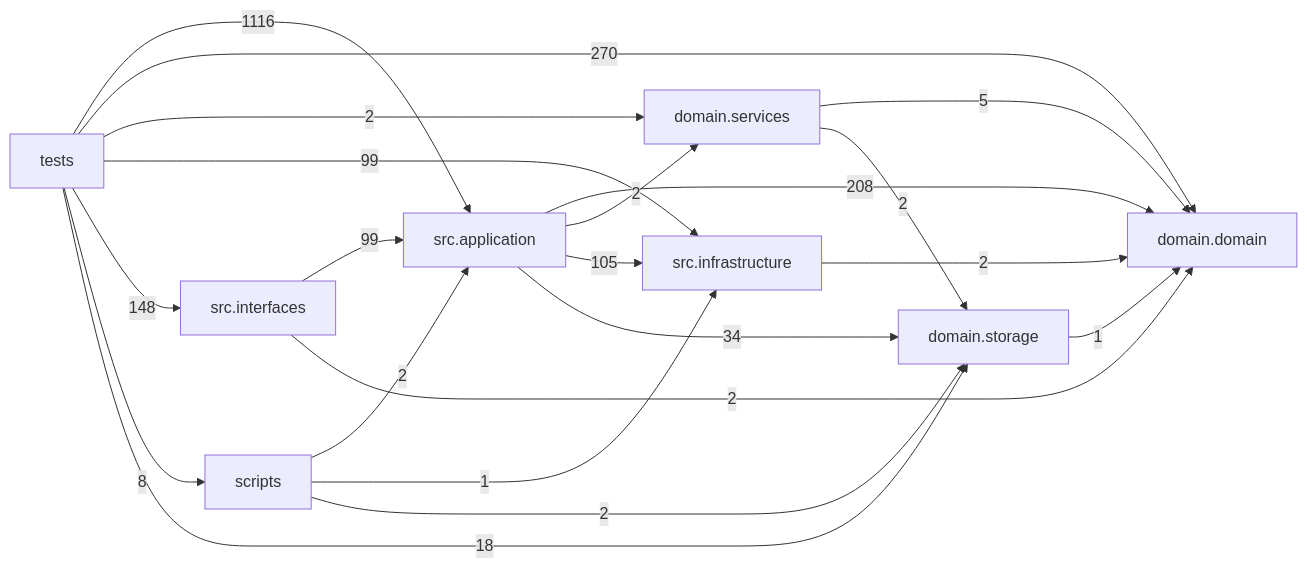
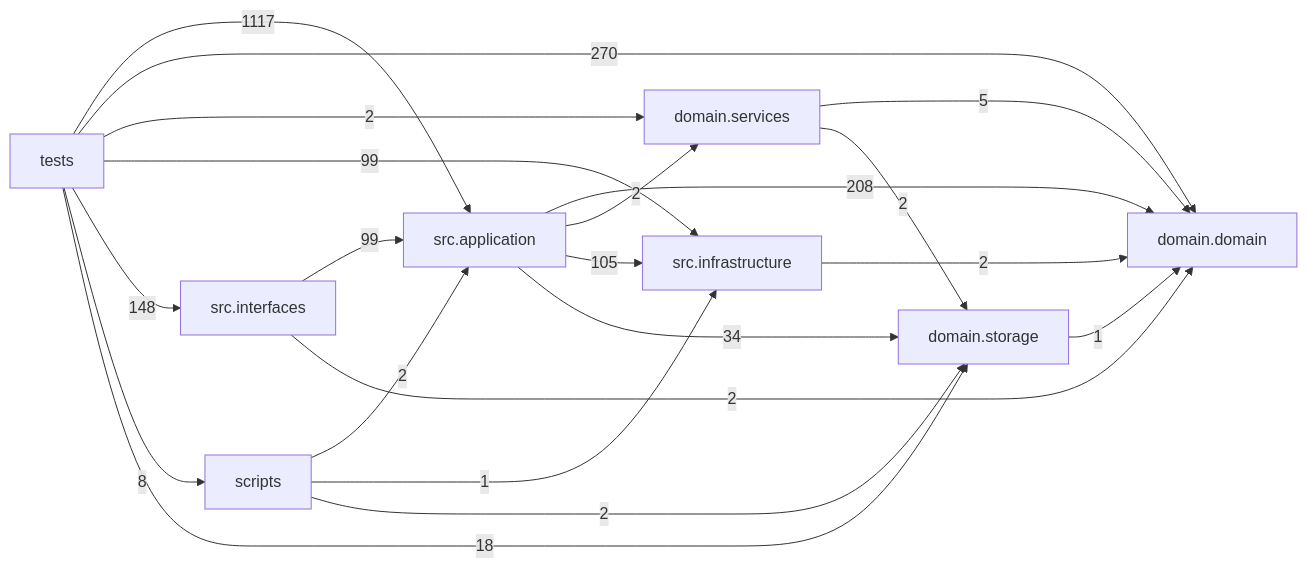
The diagram in docs/DEPENDENCY_GRAPH.md (liuxie066/options-monitor), drawn with Mermaid before and after one commit. The commit also changed other lines of this file and 4 other files, not shown here.

````diff
--- a/docs/DEPENDENCY_GRAPH.md
+++ b/docs/DEPENDENCY_GRAPH.md
@@ -24,31 +24,31 @@
 ```mermaid
 flowchart LR
   tests["tests"]
   scripts["scripts"]
   interfaces["src.interfaces"]
   application["src.application"]
   infrastructure["src.infrastructure"]
   domain_services["domain.services"]
   domain["domain.domain"]
   storage["domain.storage"]
   application -->|208| domain
   application -->|2| domain_services
   application -->|105| infrastructure
   application -->|34| storage
   domain_services -->|5| domain
   domain_services -->|2| storage
   infrastructure -->|2| domain
   interfaces -->|99| application
   interfaces -->|2| domain
   scripts -->|2| application
   scripts -->|1| infrastructure
   scripts -->|2| storage
   storage -->|1| domain
-  tests -->|1116| application
+  tests -->|1117| application
   tests -->|270| domain
   tests -->|2| domain_services
   tests -->|99| infrastructure
   tests -->|148| interfaces
   tests -->|8| scripts
   tests -->|18| storage
 ```
````
